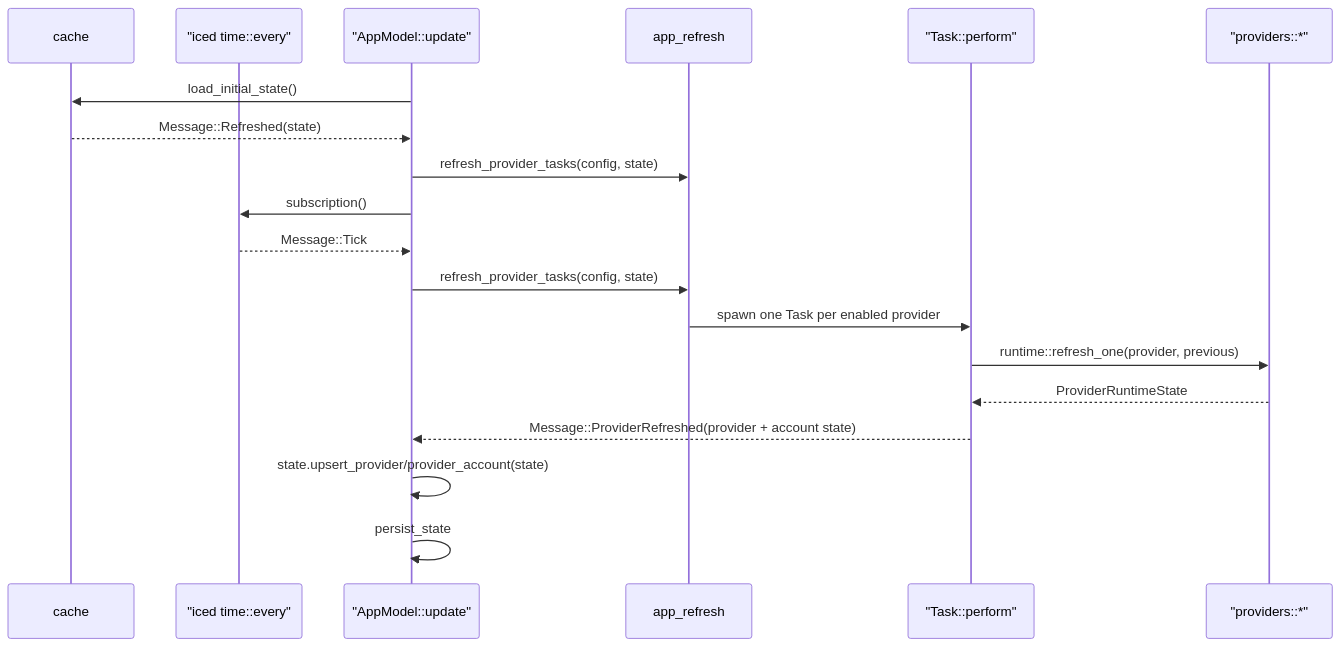
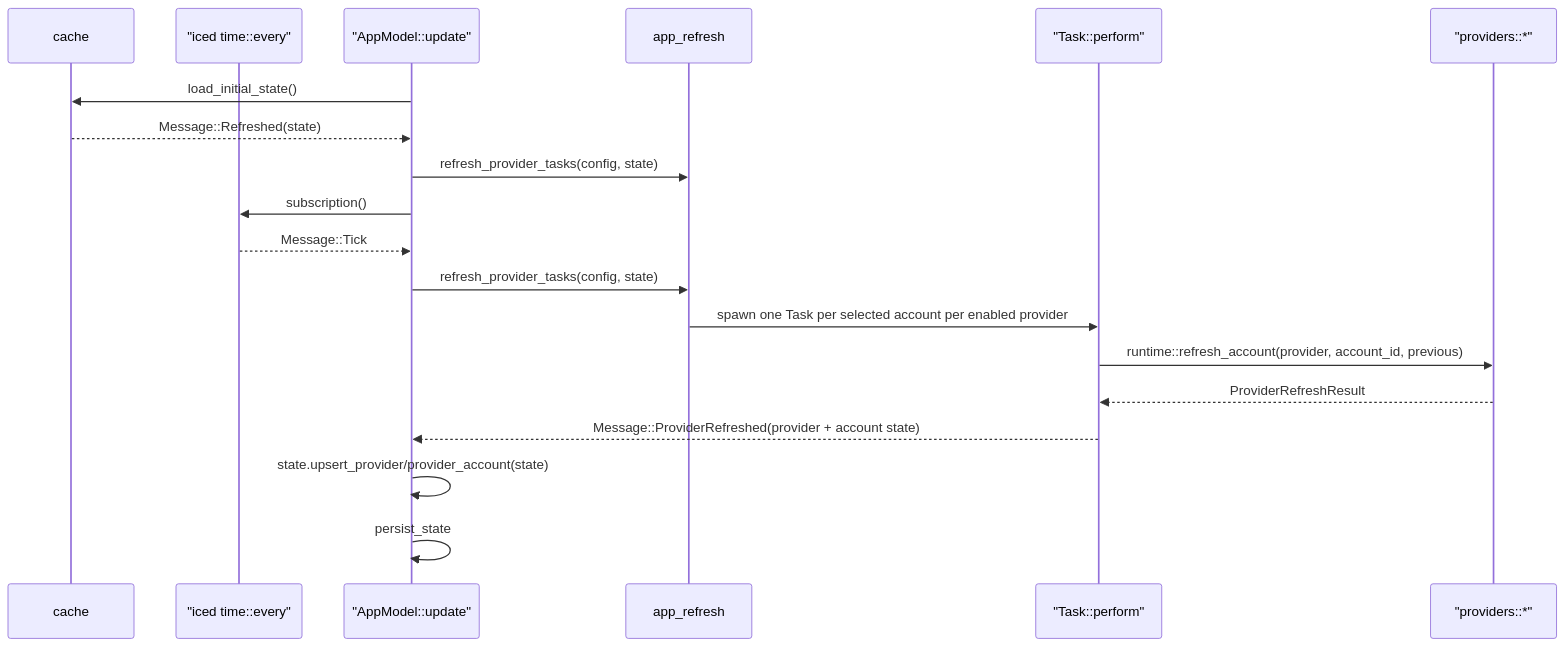
Before and after one commit to TopiCsarno/yapcap: the second of 2 diagrams in docs/spec.md, drawn with Mermaid. The commit also changed other lines of this file and 16 other files, not shown here.

First line of the commit message:
feat: multi-account UI, concurrent refresh, panel layout, and Claude fixes

````diff
--- a/docs/spec.md
+++ b/docs/spec.md
@@ -114,21 +114,21 @@
 ```mermaid
 sequenceDiagram
     participant Cache as cache
     participant Timer as "iced time::every"
     participant App as "AppModel::update"
     participant Refresh as app_refresh
     participant Task as "Task::perform"
     participant Provider as "providers::*"
     App->>Cache: load_initial_state()
     Cache-->>App: Message::Refreshed(state)
     App->>Refresh: refresh_provider_tasks(config, state)
     App->>Timer: subscription()
     Timer-->>App: Message::Tick
     App->>Refresh: refresh_provider_tasks(config, state)
-    Refresh->>Task: spawn one Task per enabled provider
-    Task->>Provider: runtime::refresh_one(provider, previous)
-    Provider-->>Task: ProviderRuntimeState
+    Refresh->>Task: spawn one Task per selected account per enabled provider
+    Task->>Provider: runtime::refresh_account(provider, account_id, previous)
+    Provider-->>Task: ProviderRefreshResult
     Task-->>App: Message::ProviderRefreshed(provider + account state)
     App->>App: state.upsert_provider/provider_account(state)
     App->>App: persist_state
 ```
````
